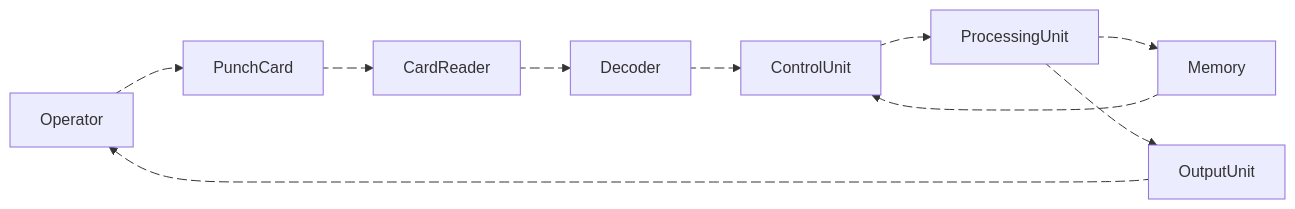
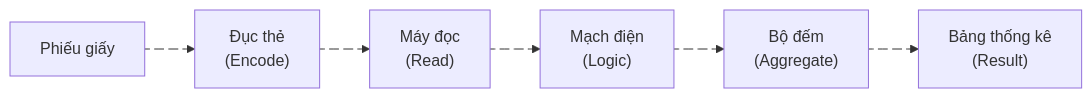
Before and after one commit to hoangcuongzk1/hoangcuongzk1.github.io: the second of 2 diagrams in docs/public/vn/03-how-punch-card-works.md, drawn with Mermaid. The commit also changed other lines of this file and 110 other files, not shown here.

````diff
--- a/docs/public/vn/03-how-punch-card-works.md
+++ b/docs/public/vn/03-how-punch-card-works.md
@@ -55,23 +161,23 @@
 ```mermaid
 flowchart LR
-    Operator e1@--> PunchCard
-    PunchCard e2@--> CardReader
-    CardReader e3@--> Decoder
-    Decoder e4@--> ControlUnit
-    ControlUnit e5@--> ProcessingUnit
-    ProcessingUnit e6@--> Memory
-    Memory e7@--> ControlUnit
-    ProcessingUnit e8@--> OutputUnit
-    OutputUnit e9@--> Operator
+    A["Phiếu giấy"] 
+    B["Đục thẻ<br/>(Encode)"]
+    C["Máy đọc<br/>(Read)"]
+    D["Mạch điện<br/>(Logic)"]
+    E["Bộ đếm<br/>(Aggregate)"]
+    F["Bảng thống kê<br/>(Result)"]
 
-    e1@{ animate: true }
-    e2@{ animate: true }
-    e3@{ animate: true }
-    e4@{ animate: true }
-    e5@{ animate: true }
-    e6@{ animate: true }
-    e7@{ animate: true }
-    e8@{ animate: true }
-    e9@{ animate: true }
+    A e1@--> B
+    B e2@--> C
+    C e3@--> D
+    D e4@--> E
+    E e5@--> F
+
+    %% Animate arrows
+    e1@{animate: true}
+    e2@{animate: true}
+    e3@{animate: true}
+    e4@{animate: true}
+    e5@{animate: true}
 
 ```
````
